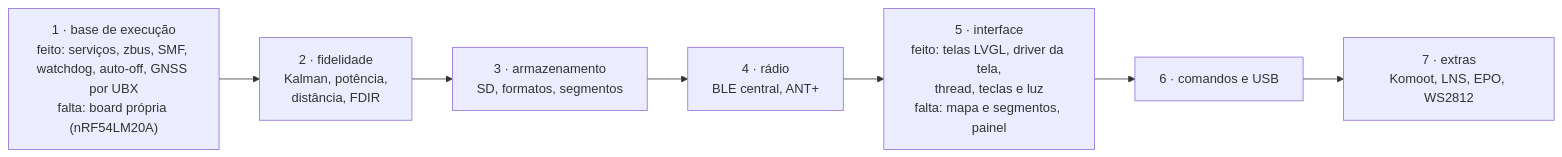
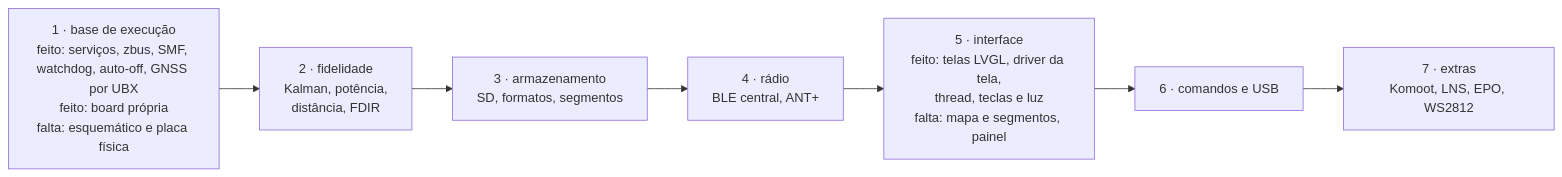
One commit to Guiimartinho/gnss-bike-computer changed the second of 2 diagrams in CLAUDE.md. Above: the diagram before and after it, drawn with Mermaid. The commit also changed other lines of this file and 32 other files, not shown here.

````diff
--- a/CLAUDE.md
+++ b/CLAUDE.md
@@ -114,9 +114,9 @@
 ```mermaid
 flowchart LR
-    A["1 · base de execução<br/>feito: serviços, zbus, SMF, watchdog, auto-off, GNSS por UBX<br/>falta: board própria (nRF54LM20A)"] --> B["2 · fidelidade<br/>Kalman, potência,<br/>distância, FDIR"]
+    A["1 · base de execução<br/>feito: serviços, zbus, SMF, watchdog, auto-off, GNSS por UBX<br/>feito: board própria<br/>falta: esquemático e placa física"] --> B["2 · fidelidade<br/>Kalman, potência,<br/>distância, FDIR"]
     B --> C["3 · armazenamento<br/>SD, formatos, segmentos"]
     C --> D["4 · rádio<br/>BLE central, ANT+"]
     D --> E["5 · interface<br/>feito: telas LVGL, driver da tela,<br/>thread, teclas e luz<br/>falta: mapa e segmentos, painel"]
     E --> F["6 · comandos e USB"]
     F --> G["7 · extras<br/>Komoot, LNS, EPO, WS2812"]
 ```
````
